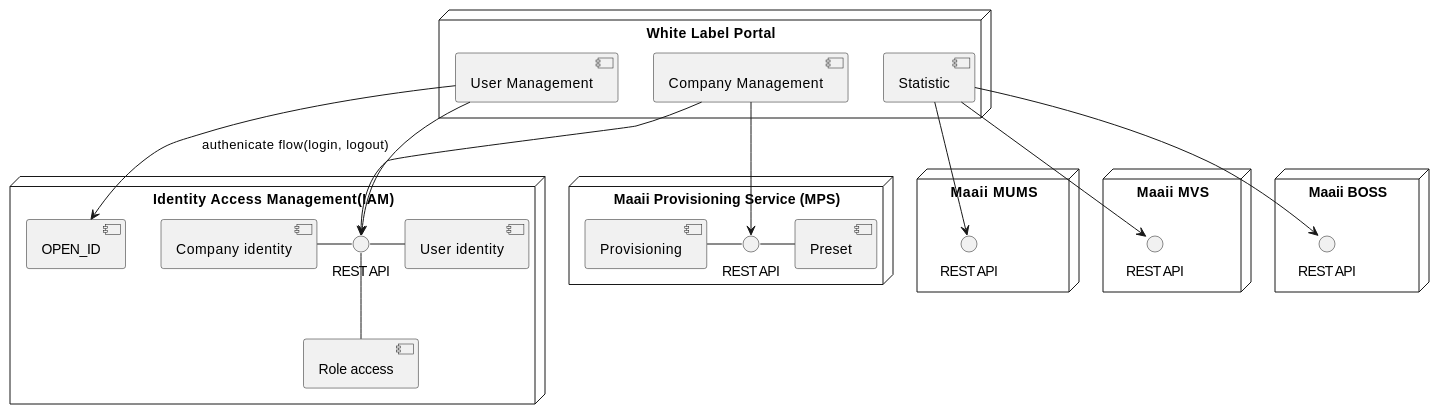
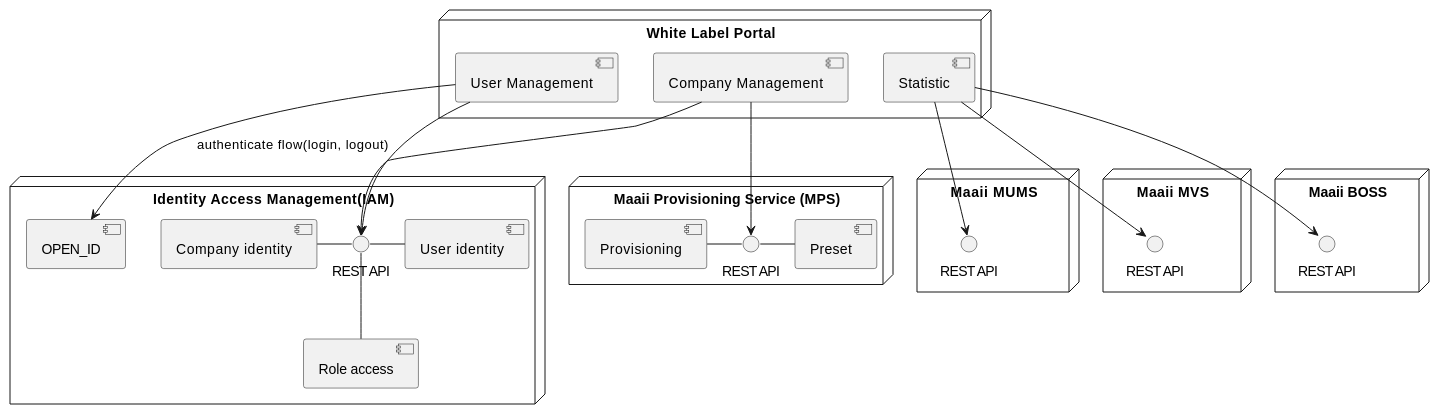
Before and after one commit to hhhuangqiong/WLP: the diagram in docs/ARCHITECTURE.md, drawn with PlantUML. The commit also changed other lines of this file and 2 other files, not shown here.

Commit message:
Update the Doc for IAM integration

```diff
--- a/docs/ARCHITECTURE.md
+++ b/docs/ARCHITECTURE.md
@@ -7,46 +7,46 @@
 {% plantuml %}
 @startuml
 
 node "White Label Portal" {
   [Company Management] as WLP_COMPANY_MGMT
   [User Management] as WLP_USER_MGMT
   [Statistic] as WLP_STAT
 }
 
 node "Identity Access Management(IAM)" {
   interface "REST API" as IAM_REST
   [Company identity] - IAM_REST
   IAM_REST - [User identity]
   IAM_REST -d- [Role access]
   [OPEN_ID]
 }
 
 node "Maaii Provisioning Service (MPS)" {
   interface "REST API" as MPS_REST
   [Provisioning] - MPS_REST
   MPS_REST - [Preset]
 }
 
 node "Maaii MUMS" {
   interface "REST API" as MUMS_REST
 }
 
 node "Maaii MVS" {
   interface "REST API" as MVS_REST
 }
 
 node "Maaii BOSS" {
   interface "REST API" as BOSS_REST
 }
 
 [WLP_COMPANY_MGMT] --> MPS_REST
 [WLP_COMPANY_MGMT] --> IAM_REST
 [WLP_USER_MGMT] --> IAM_REST
-[WLP_USER_MGMT] --> [OPEN_ID] : authenicate flow(login, logout)
+[WLP_USER_MGMT] --> [OPEN_ID] : authenticate flow(login, logout)
 [WLP_STAT] --> MUMS_REST
 [WLP_STAT] --> MVS_REST
 [WLP_STAT] --> BOSS_REST
 
 @enduml
 
 {% endplantuml %}
```
